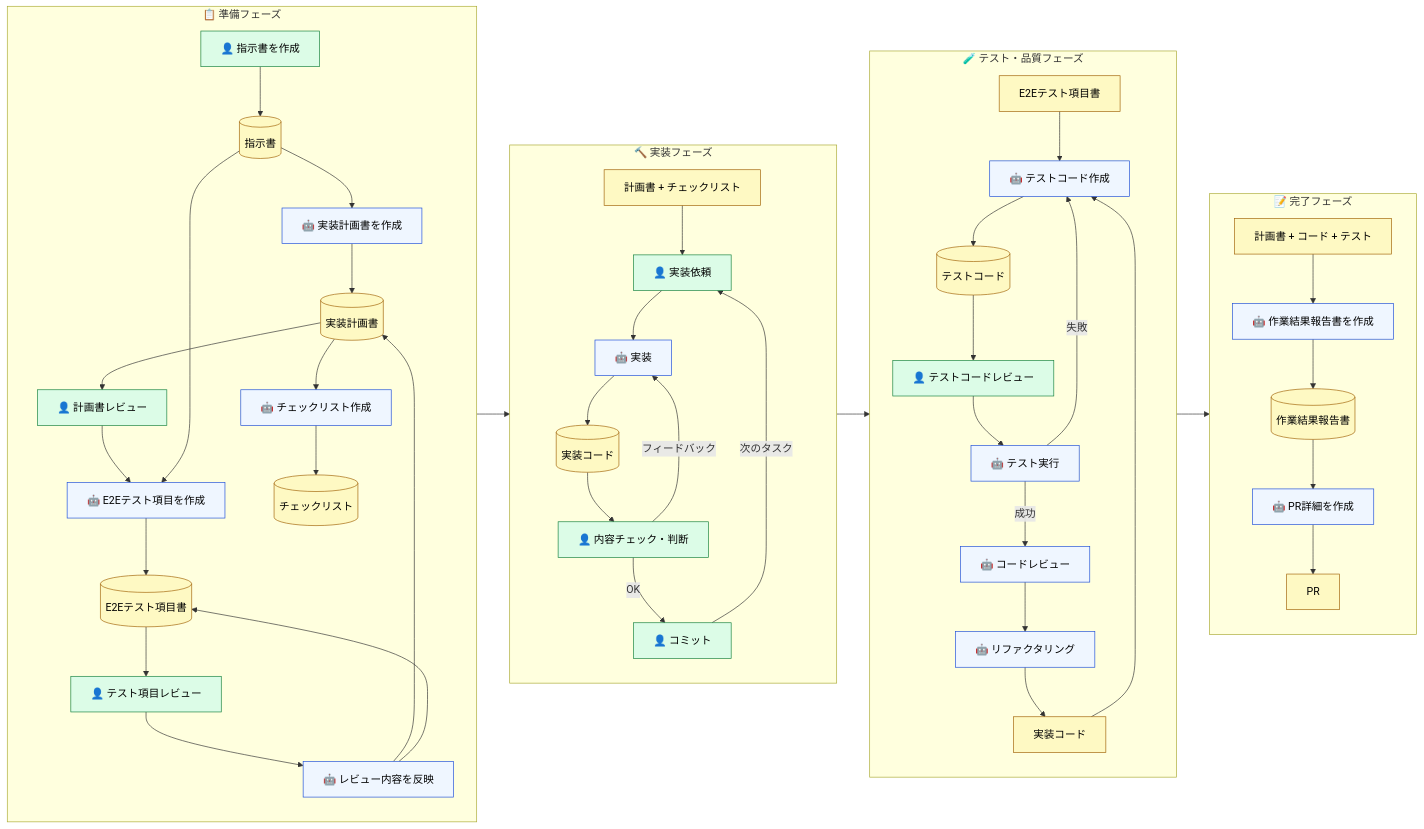
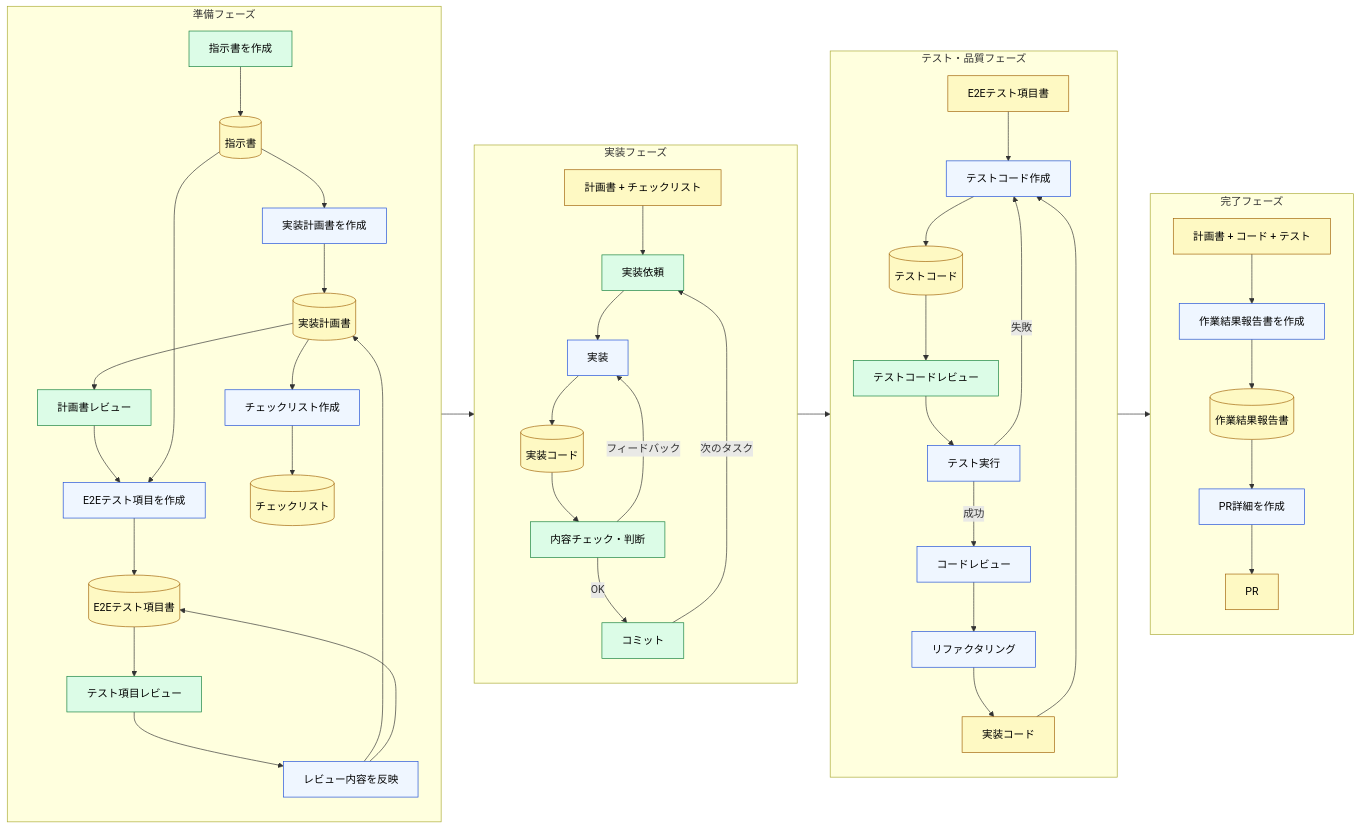
One commit to shuji-bonji/understanding-llm-through-claude-code changed the diagram in docs/ja/11-cross-llm-principles/prompt-driven-development.md. Above: the diagram before and after it, drawn with Mermaid. The commit also changed other lines of this file and 21 other files, not shown here.

````diff
--- a/docs/ja/11-cross-llm-principles/prompt-driven-development.md
+++ b/docs/ja/11-cross-llm-principles/prompt-driven-development.md
@@ -26,51 +26,51 @@
 ```mermaid
 flowchart LR
-    subgraph PREP["📋 準備フェーズ"]
+    subgraph PREP["準備フェーズ"]
         direction TB
-        U1["👤 指示書を作成"] --> Spec[("指示書")]
-        Spec --> L1["🤖 実装計画書を作成"]
+        U1["指示書を作成"] --> Spec[("指示書")]
+        Spec --> L1["実装計画書を作成"]
         L1 --> Plan[("実装計画書")]
-        Plan --> U2["👤 計画書レビュー"]
-        U2 --> L2["🤖 E2Eテスト項目を作成"]
+        Plan --> U2["計画書レビュー"]
+        U2 --> L2["E2Eテスト項目を作成"]
         Spec --> L2
         L2 --> E2E[("E2Eテスト項目書")]
-        E2E --> U3["👤 テスト項目レビュー"]
-        U3 --> L3["🤖 レビュー内容を反映"]
+        E2E --> U3["テスト項目レビュー"]
+        U3 --> L3["レビュー内容を反映"]
         L3 --> Plan
         L3 --> E2E
-        Plan --> L4["🤖 チェックリスト作成"]
+        Plan --> L4["チェックリスト作成"]
         L4 --> CL[("チェックリスト")]
     end
 
-    subgraph IMPL["🔨 実装フェーズ"]
+    subgraph IMPL["実装フェーズ"]
         direction TB
-        Plan2["計画書 + チェックリスト"] --> U4["👤 実装依頼"]
-        U4 --> L5["🤖 実装"]
+        Plan2["計画書 + チェックリスト"] --> U4["実装依頼"]
+        U4 --> L5["実装"]
         L5 --> Code[("実装コード")]
-        Code --> U5["👤 内容チェック・判断"]
+        Code --> U5["内容チェック・判断"]
         U5 -->|"フィードバック"| L5
-        U5 -->|"OK"| U6["👤 コミット"]
+        U5 -->|"OK"| U6["コミット"]
         U6 -->|"次のタスク"| U4
     end
 
-    subgraph TEST["🧪 テスト・品質フェーズ"]
+    subgraph TEST["テスト・品質フェーズ"]
         direction TB
-        E2E2["E2Eテスト項目書"] --> L6["🤖 テストコード作成"]
+        E2E2["E2Eテスト項目書"] --> L6["テストコード作成"]
         Code2["実装コード"] --> L6
         L6 --> Test[("テストコード")]
-        Test --> U7["👤 テストコードレビュー"]
-        U7 --> L7["🤖 テスト実行"]
+        Test --> U7["テストコードレビュー"]
+        U7 --> L7["テスト実行"]
         L7 -->|"失敗"| L6
-        L7 -->|"成功"| L8["🤖 コードレビュー"]
-        L8 --> L9["🤖 リファクタリング"]
+        L7 -->|"成功"| L8["コードレビュー"]
+        L8 --> L9["リファクタリング"]
         L9 --> Code2
     end
 
-    subgraph DONE["📝 完了フェーズ"]
+    subgraph DONE["完了フェーズ"]
         direction TB
-        AllDocs["計画書 + コード + テスト"] --> L10["🤖 作業結果報告書を作成"]
+        AllDocs["計画書 + コード + テスト"] --> L10["作業結果報告書を作成"]
         L10 --> Report[("作業結果報告書")]
-        Report --> L11["🤖 PR詳細を作成"]
+        Report --> L11["PR詳細を作成"]
         L11 --> PR["PR"]
     end
 
````
